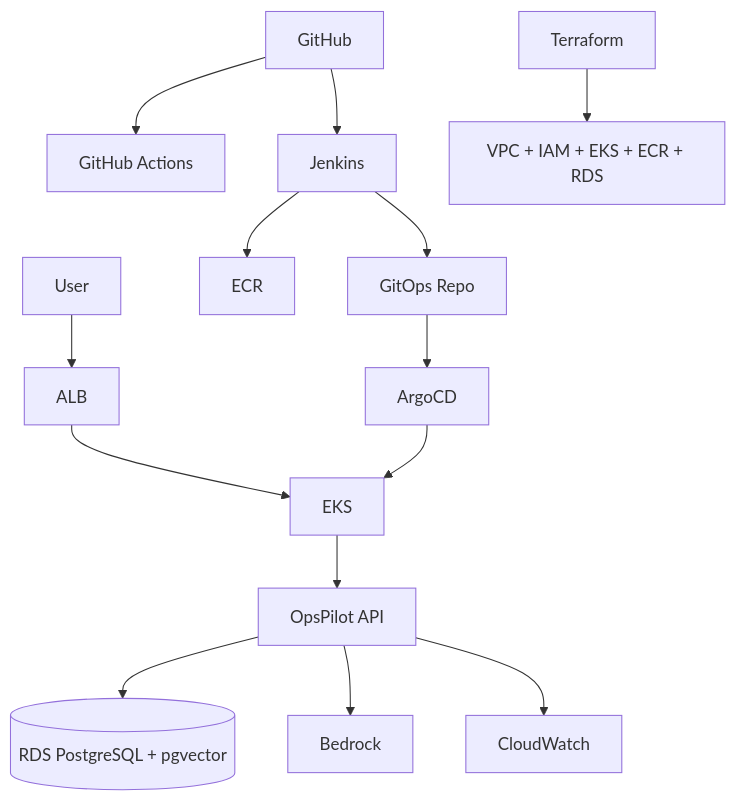
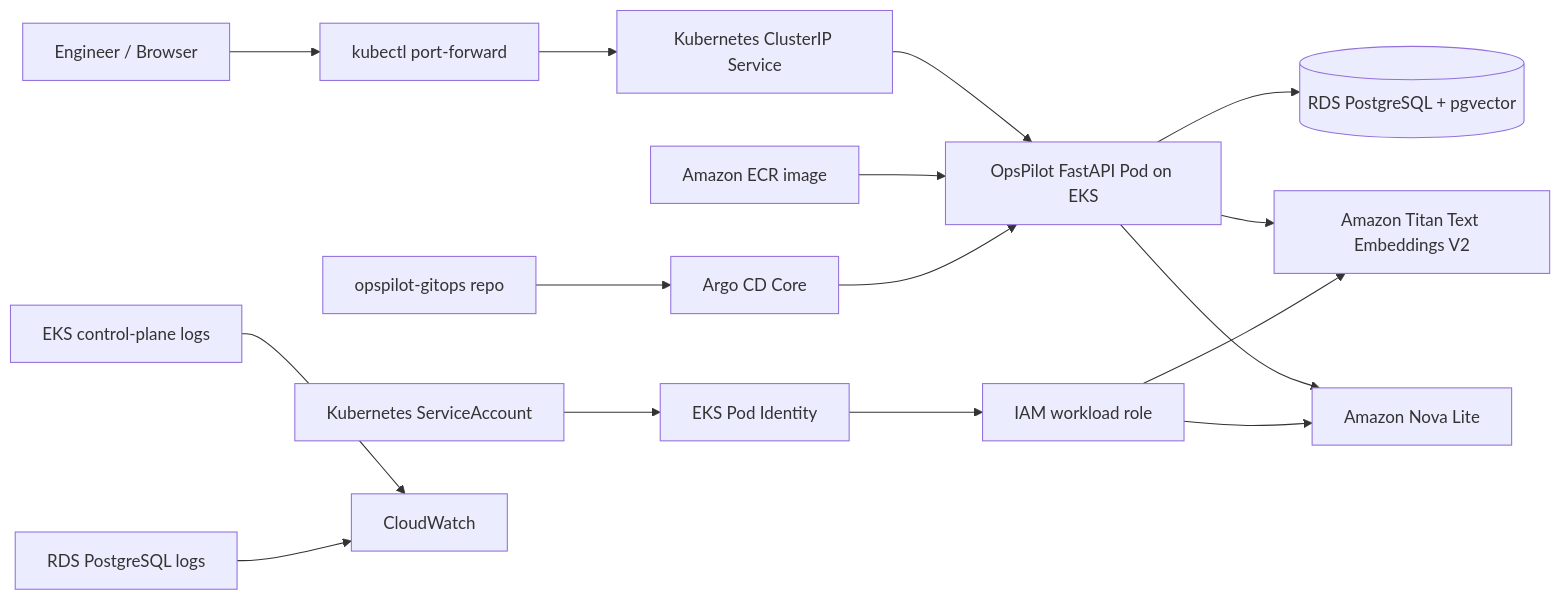
One commit to Nidhi8901/opspilot-ai. changed the first of 2 diagrams in docs/architecture.md. Above: the diagram before and after it, drawn with Mermaid. The commit also changed other lines of this file and 16 other files, not shown here.

Commit message:
docs: finalize OpsPilot AI project documentation

````diff
--- a/docs/architecture.md
+++ b/docs/architecture.md
@@ -80,18 +11,23 @@
 ```mermaid
-flowchart TD
-    User --> ALB
-    ALB --> EKS
-    EKS --> API[OpsPilot API]
-    API --> RDS[(RDS PostgreSQL + pgvector)]
-    API --> Bedrock
-    API --> CloudWatch
+flowchart LR
+    User[Engineer / Browser] --> PF[kubectl port-forward]
+    PF --> Service[Kubernetes ClusterIP Service]
+    Service --> Pod[OpsPilot FastAPI Pod on EKS]
 
-    GitHub --> GHA[GitHub Actions]
-    GitHub --> Jenkins
-    Jenkins --> ECR
-    Jenkins --> GitOpsRepo[GitOps Repo]
-    GitOpsRepo --> ArgoCD
-    ArgoCD --> EKS
+    Pod --> RDS[(RDS PostgreSQL + pgvector)]
+    Pod --> Titan[Amazon Titan Text Embeddings V2]
+    Pod --> Nova[Amazon Nova Lite]
 
-    Terraform --> AWS[VPC + IAM + EKS + ECR + RDS]
+    SA[Kubernetes ServiceAccount] --> PI[EKS Pod Identity]
+    PI --> Role[IAM workload role]
+    Role --> Titan
+    Role --> Nova
+
+    ECR[Amazon ECR image] --> Pod
+
+    GitOps[opspilot-gitops repo] --> Argo[Argo CD Core]
+    Argo --> Pod
+
+    EKSCW[EKS control-plane logs] --> CW[CloudWatch]
+    RDSCW[RDS PostgreSQL logs] --> CW
 ```
````
